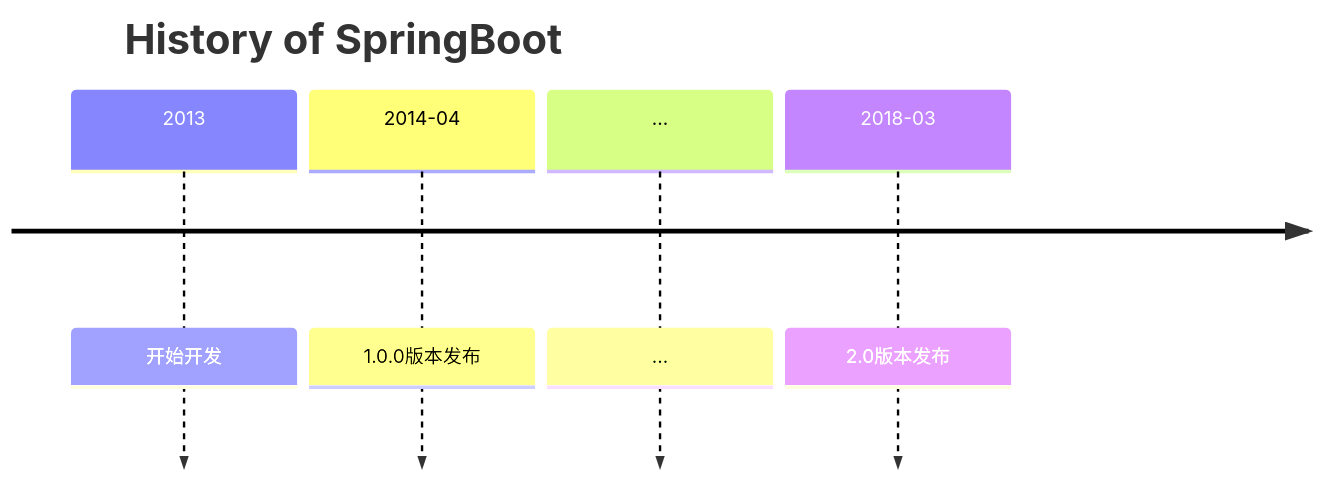
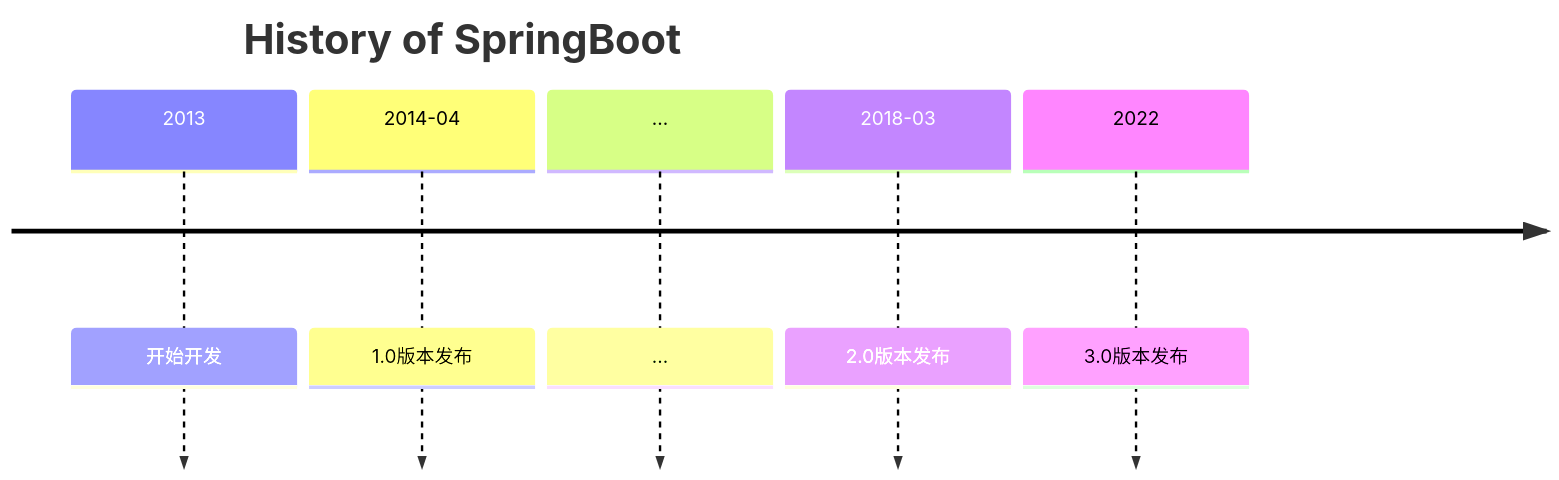
Before and after one commit to namelessmyth/beFreeCoder: the ninth of 9 diagrams in Java/mashibing/沈俊杰-马士兵-spring.md, drawn with Mermaid. The commit also changed other lines of this file and 5 other files, not shown here.

````diff
--- a/Java/mashibing/沈俊杰-马士兵-spring.md
+++ b/Java/mashibing/沈俊杰-马士兵-spring.md
@@ -2132,8 +2804,9 @@
 ```mermaid
 timeline
 title History of SpringBoot
 2013 : 开始开发
-2014-04 : 1.0.0版本发布
+2014-04 : 1.0版本发布
 ... : ...
 2018-03 : 2.0版本发布
+2022 : 3.0版本发布
 ```
````
